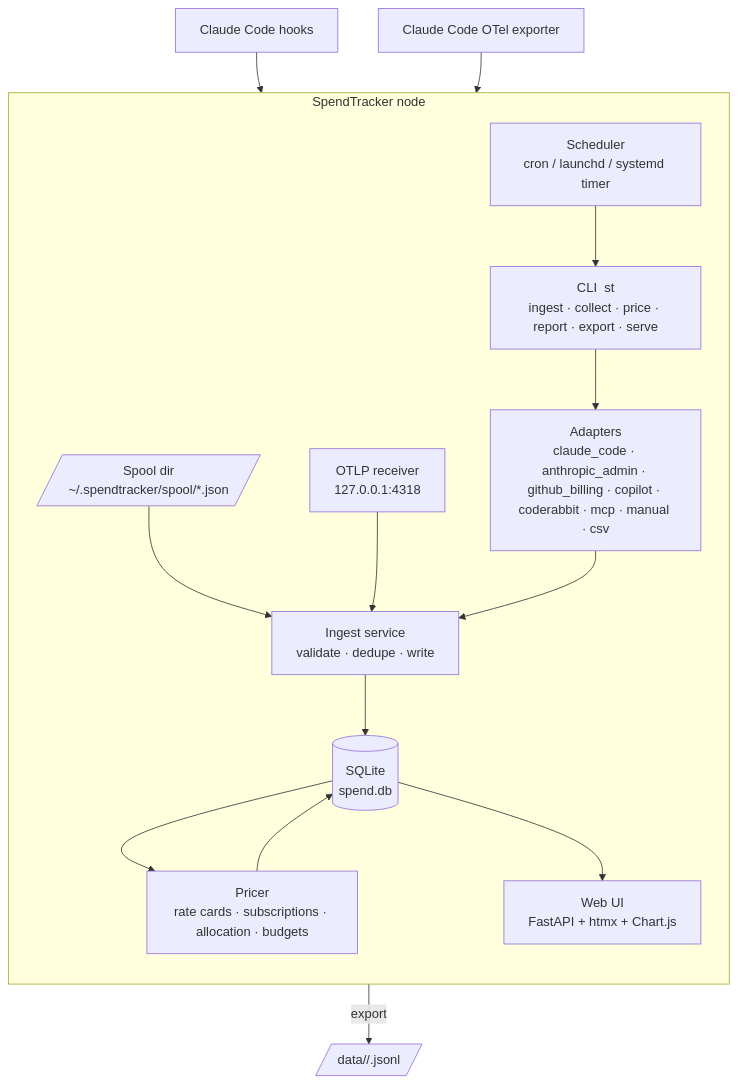
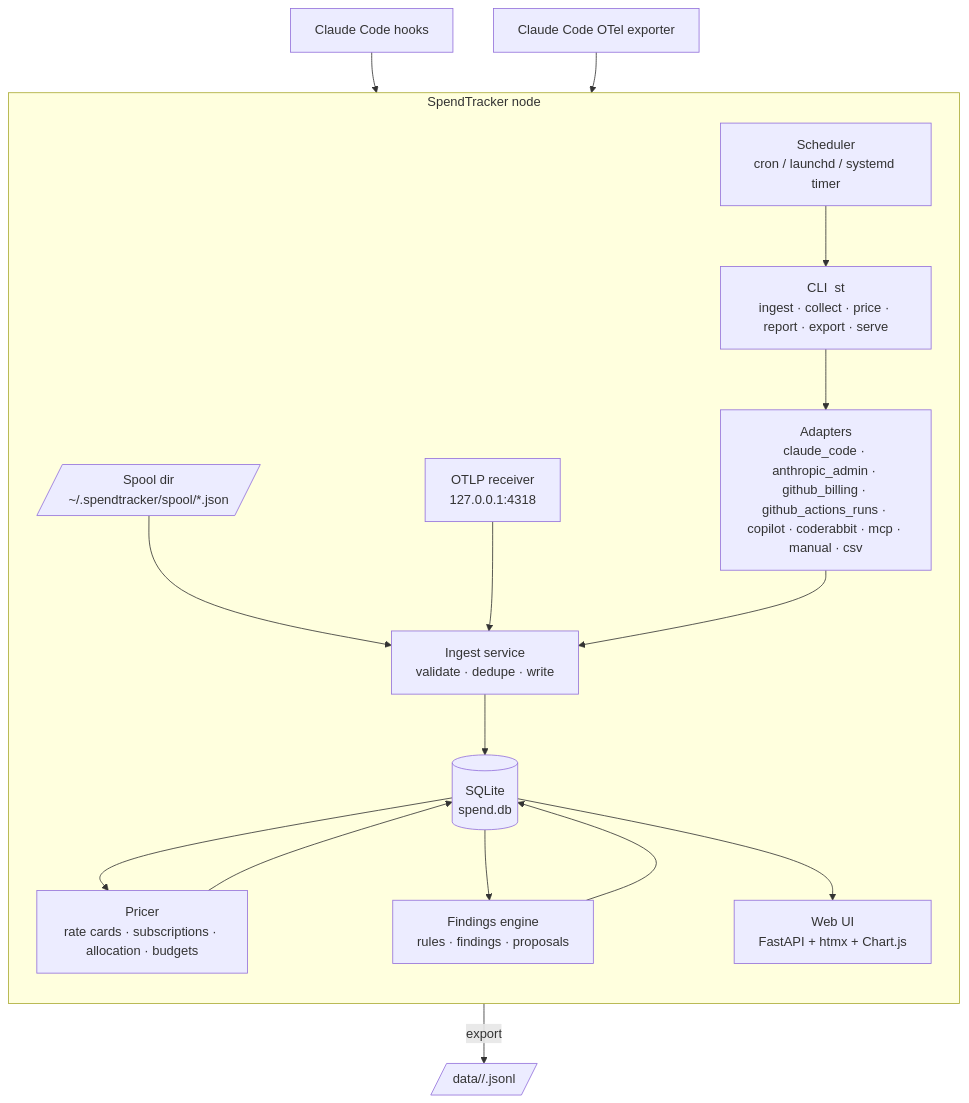
One commit to newellnarco/SpendTracker changed the second of 7 diagrams in docs/01-architecture/ARCHITECTURE.md. Above: the diagram before and after it, drawn with Mermaid. The commit also changed other lines of this file and 14 other files, not shown here.

````diff
--- a/docs/01-architecture/ARCHITECTURE.md
+++ b/docs/01-architecture/ARCHITECTURE.md
@@ -55,26 +56,28 @@
 ```mermaid
 flowchart TB
     subgraph node[SpendTracker node]
         direction TB
         spool[/Spool dir<br/>~/.spendtracker/spool/*.json/]
         otlp[OTLP receiver<br/>127.0.0.1:4318]
         cli[CLI  st<br/>ingest · collect · price · report · export · serve]
-        adapters[Adapters<br/>claude_code · anthropic_admin · github_billing · copilot · coderabbit · mcp · manual · csv]
+        adapters[Adapters<br/>claude_code · anthropic_admin · github_billing · github_actions_runs · copilot · coderabbit · mcp · manual · csv]
         ingest[Ingest service<br/>validate · dedupe · write]
         pricer[Pricer<br/>rate cards · subscriptions · allocation · budgets]
+        findings[Findings engine<br/>rules · findings · proposals]
         db[(SQLite<br/>spend.db)]
         web[Web UI<br/>FastAPI + htmx + Chart.js]
         sched[Scheduler<br/>cron / launchd / systemd timer]
     end
 
     hooks[Claude Code hooks] --> spool
     ccotel[Claude Code OTel exporter] --> otlp
     spool --> ingest
     otlp --> ingest
     sched --> cli
     cli --> adapters --> ingest
     ingest --> db
     db --> pricer --> db
+    db --> findings --> db
     db --> web
     cli -- export --> files[/data/<node>/<YYYY-MM>.jsonl/]
 ```
````
